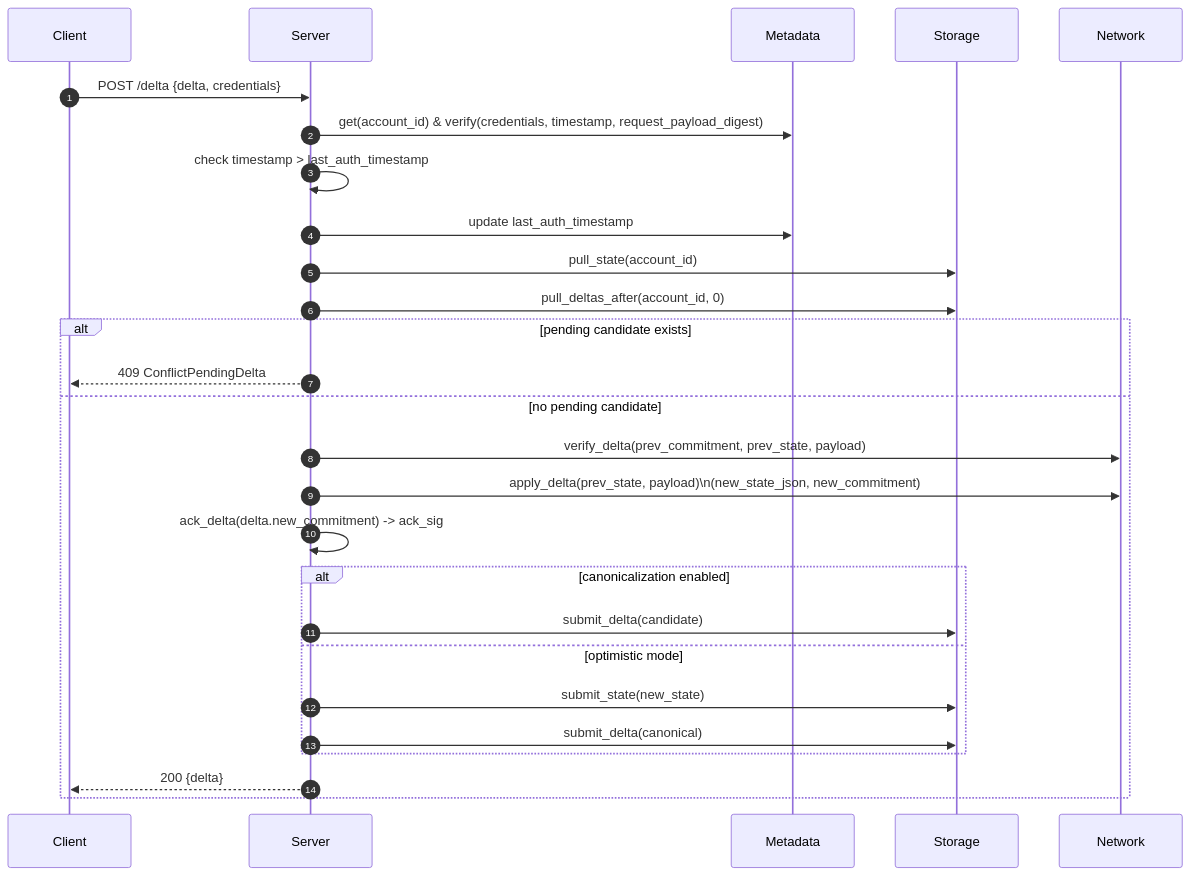
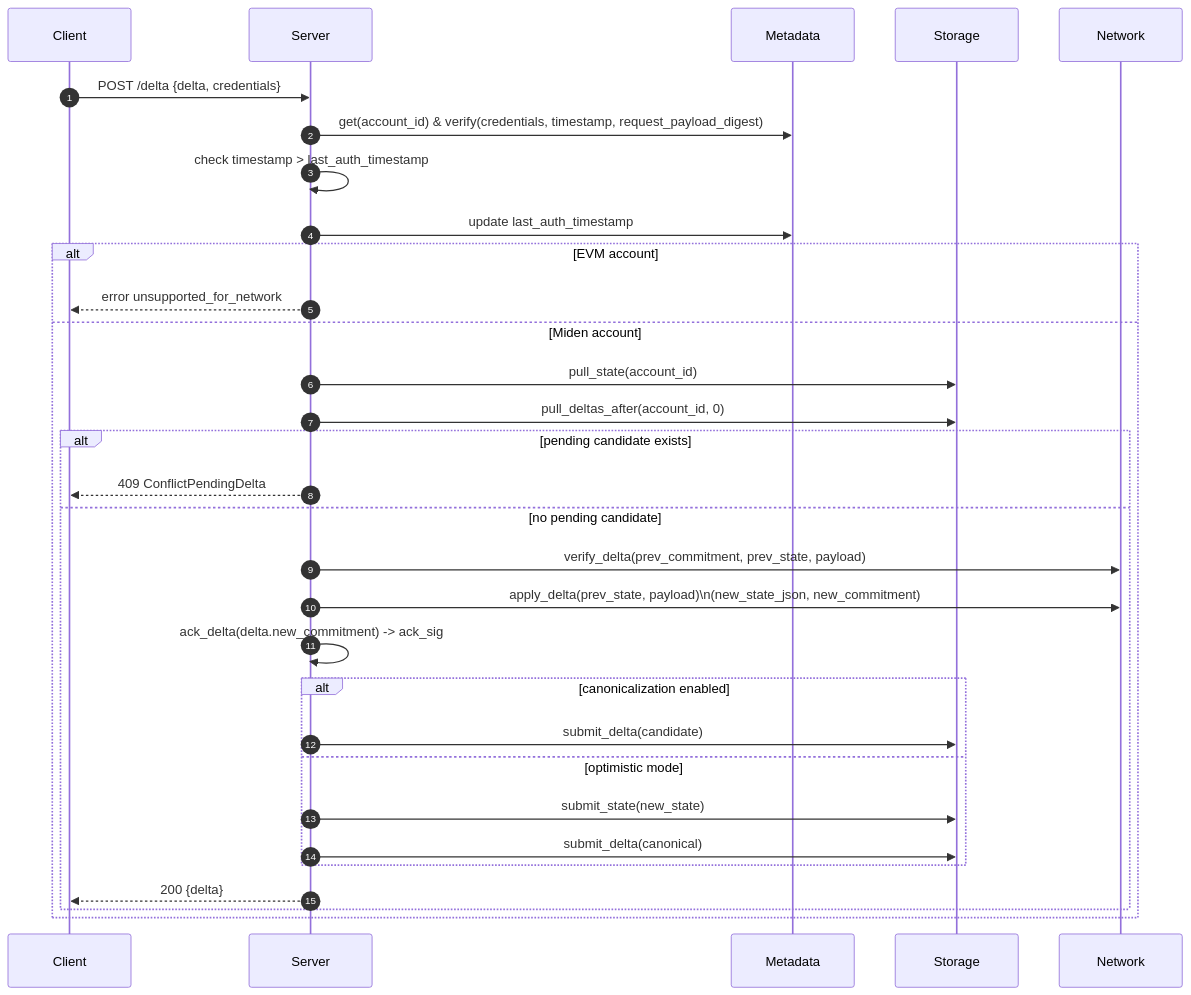
The second of 9 diagrams in spec/processes.md (OpenZeppelin/guardian), drawn with Mermaid before and after one commit. The commit also changed other lines of this file and 74 other files, not shown here.

````diff
--- a/spec/processes.md
+++ b/spec/processes.md
@@ -33,29 +46,33 @@
 ```mermaid
 sequenceDiagram
   autonumber
   participant C as Client
   participant S as Server
   participant M as Metadata
   participant ST as Storage
   participant N as Network
   C->>S: POST /delta {delta, credentials}
   S->>M: get(account_id) & verify(credentials, timestamp, request_payload_digest)
   S->>S: check timestamp > last_auth_timestamp
   S->>M: update last_auth_timestamp
-  S->>ST: pull_state(account_id)
-  S->>ST: pull_deltas_after(account_id, 0)
-  alt pending candidate exists
-    S-->>C: 409 ConflictPendingDelta
-  else no pending candidate
-    S->>N: verify_delta(prev_commitment, prev_state, payload)
-    S->>N: apply_delta(prev_state, payload)\n(new_state_json, new_commitment)
-    S->>S: ack_delta(delta.new_commitment) -> ack_sig
-    alt canonicalization enabled
-      S->>ST: submit_delta(candidate)
-    else optimistic mode
-      S->>ST: submit_state(new_state)
-      S->>ST: submit_delta(canonical)
+  alt EVM account
+    S-->>C: error unsupported_for_network
+  else Miden account
+    S->>ST: pull_state(account_id)
+    S->>ST: pull_deltas_after(account_id, 0)
+    alt pending candidate exists
+      S-->>C: 409 ConflictPendingDelta
+    else no pending candidate
+      S->>N: verify_delta(prev_commitment, prev_state, payload)
+      S->>N: apply_delta(prev_state, payload)\n(new_state_json, new_commitment)
+      S->>S: ack_delta(delta.new_commitment) -> ack_sig
+      alt canonicalization enabled
+        S->>ST: submit_delta(candidate)
+      else optimistic mode
+        S->>ST: submit_state(new_state)
+        S->>ST: submit_delta(canonical)
+      end
+      S-->>C: 200 {delta}
     end
-    S-->>C: 200 {delta}
   end
 ```
````
